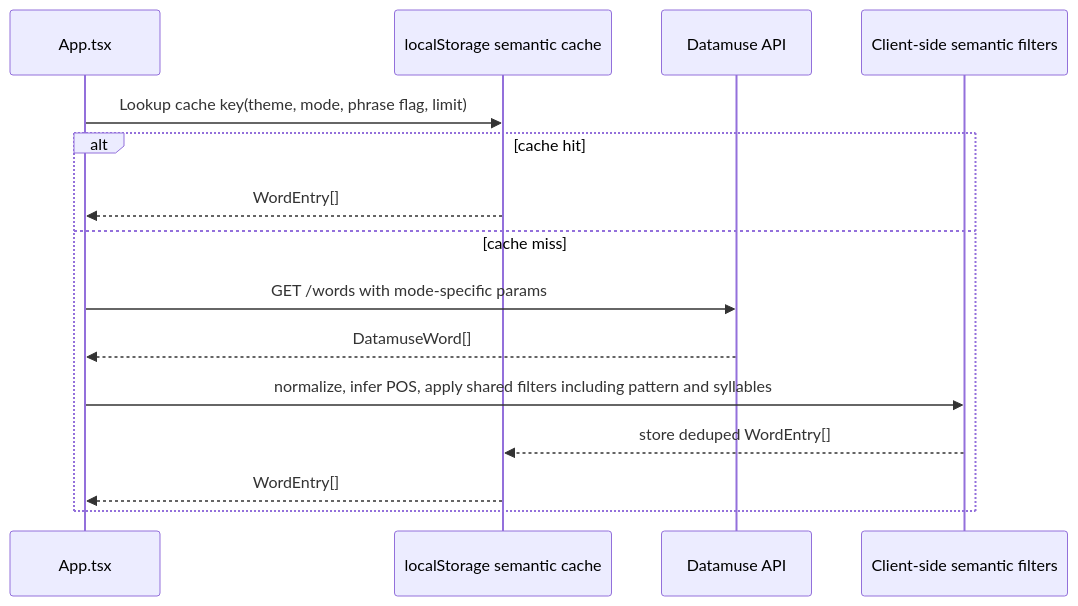
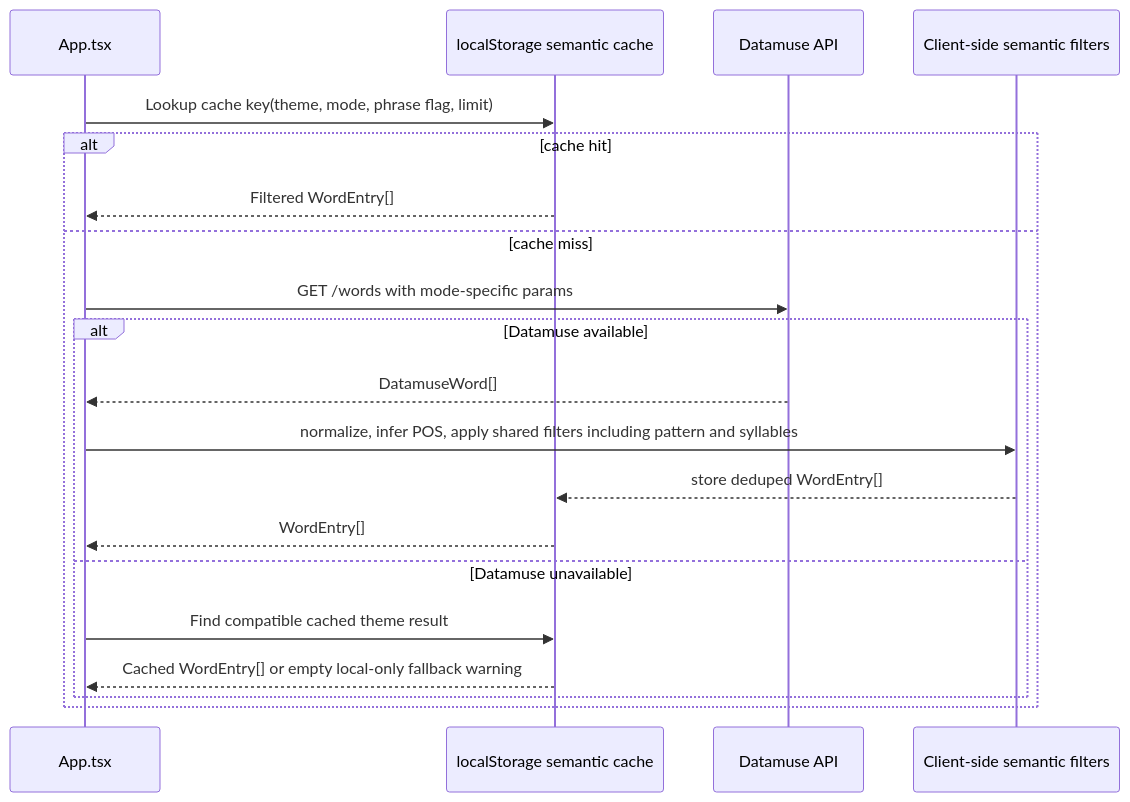
One commit to danysdragons/random-words changed the sixth of 14 diagrams in docs/architecture.md. Above: the diagram before and after it, drawn with Mermaid. The commit also changed other lines of this file and 11 other files, not shown here.

````diff
--- a/docs/architecture.md
+++ b/docs/architecture.md
@@ -316,18 +319,23 @@
 ```mermaid
 sequenceDiagram
   participant App as App.tsx
   participant Cache as localStorage semantic cache
   participant DM as Datamuse API
   participant Filter as Client-side semantic filters
 
   App->>Cache: Lookup cache key(theme, mode, phrase flag, limit)
   alt cache hit
-    Cache-->>App: WordEntry[]
+    Cache-->>App: Filtered WordEntry[]
   else cache miss
     App->>DM: GET /words with mode-specific params
-    DM-->>App: DatamuseWord[]
-    App->>Filter: normalize, infer POS, apply shared filters including pattern and syllables
-    Filter-->>Cache: store deduped WordEntry[]
-    Cache-->>App: WordEntry[]
+    alt Datamuse available
+      DM-->>App: DatamuseWord[]
+      App->>Filter: normalize, infer POS, apply shared filters including pattern and syllables
+      Filter-->>Cache: store deduped WordEntry[]
+      Cache-->>App: WordEntry[]
+    else Datamuse unavailable
+      App->>Cache: Find compatible cached theme result
+      Cache-->>App: Cached WordEntry[] or empty local-only fallback warning
+    end
   end
 ```
````
